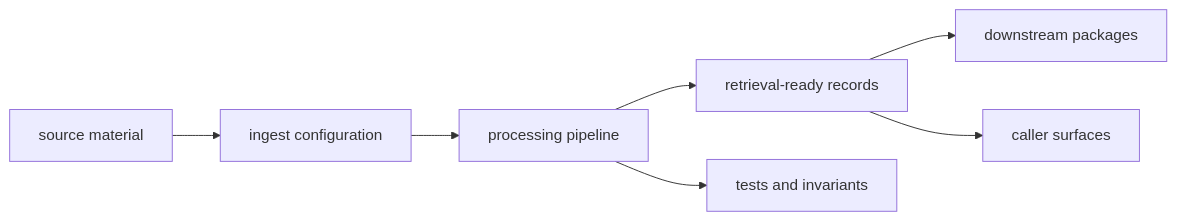
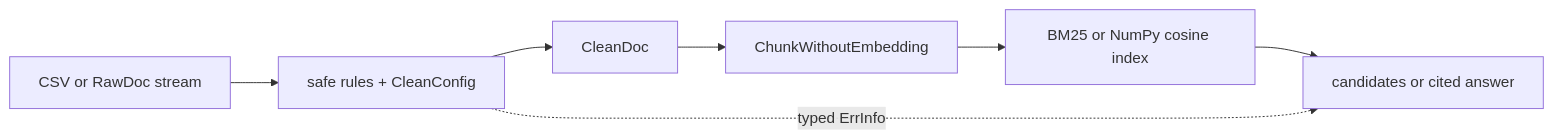
One commit to bijux/bijux-canon changed the diagram in docs/02-bijux-canon-ingest/index.md. Above: the diagram before and after it, drawn with Mermaid. The commit also changed other lines of this file and 1 other file, not shown here.

Commit message:
docs(ingest): document deterministic preparation contracts

````diff
--- a/docs/02-bijux-canon-ingest/index.md
+++ b/docs/02-bijux-canon-ingest/index.md
@@ -24,14 +23,12 @@
 ```mermaid
 flowchart LR
-    source["source material"]
-    config["ingest configuration"]
-    processing["processing pipeline"]
-    retrieval["retrieval-ready records"]
-    tests["tests and invariants"]
-    interfaces["caller surfaces"]
-    downstream["downstream packages"]
+    csv["CSV or RawDoc stream"]
+    rules["safe rules + CleanConfig"]
+    clean["CleanDoc"]
+    chunks["ChunkWithoutEmbedding"]
+    index["BM25 or NumPy cosine index"]
+    result["candidates or cited answer"]
 
-    source --> config --> processing --> retrieval --> downstream
-    processing --> tests
-    retrieval --> interfaces
+    csv --> rules --> clean --> chunks --> index --> result
+    rules -. typed ErrInfo .-> result
 ```
````
